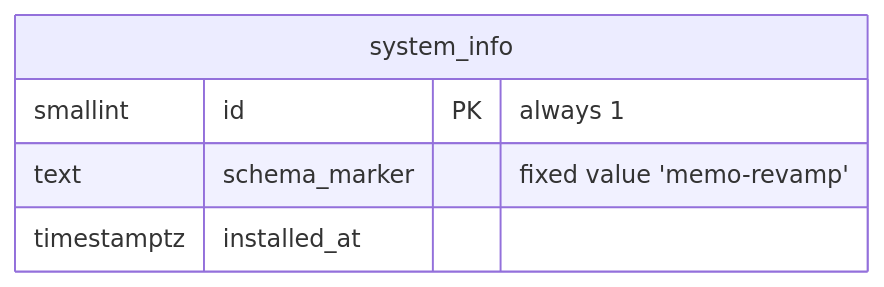
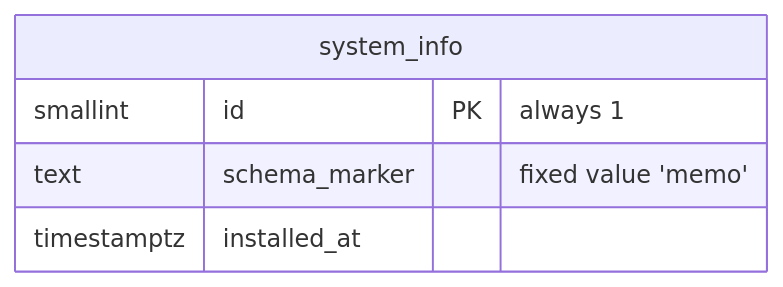
The diagram in docs/plan/phase-0-foundations/epic-01-walking-skeleton/design.md (nazihar/memo-revamp), drawn with Mermaid before and after one commit. The commit also changed other lines of this file and 197 other files, not shown here.

First line of the commit message:
chore: rename the product from memo-revamp to memo

````diff
--- a/docs/plan/phase-0-foundations/epic-01-walking-skeleton/design.md
+++ b/docs/plan/phase-0-foundations/epic-01-walking-skeleton/design.md
@@ -34,8 +34,8 @@
 ```mermaid
 erDiagram
   system_info {
     smallint id PK "always 1"
-    text schema_marker "fixed value 'memo-revamp'"
+    text schema_marker "fixed value 'memo'"
     timestamptz installed_at
   }
 ```
````
